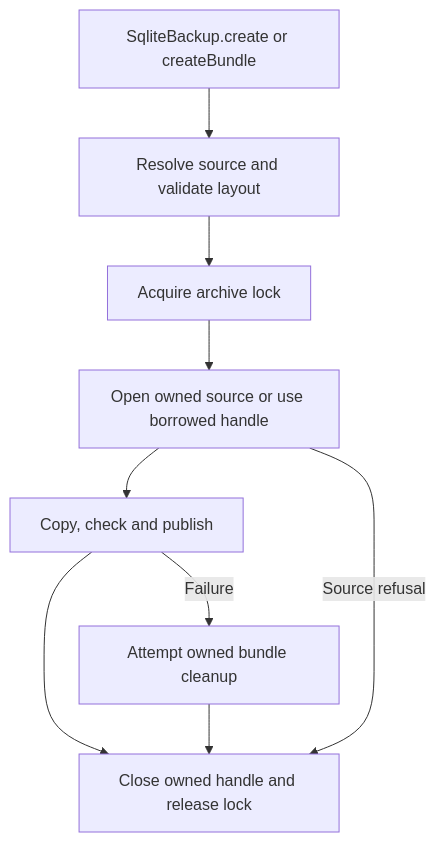
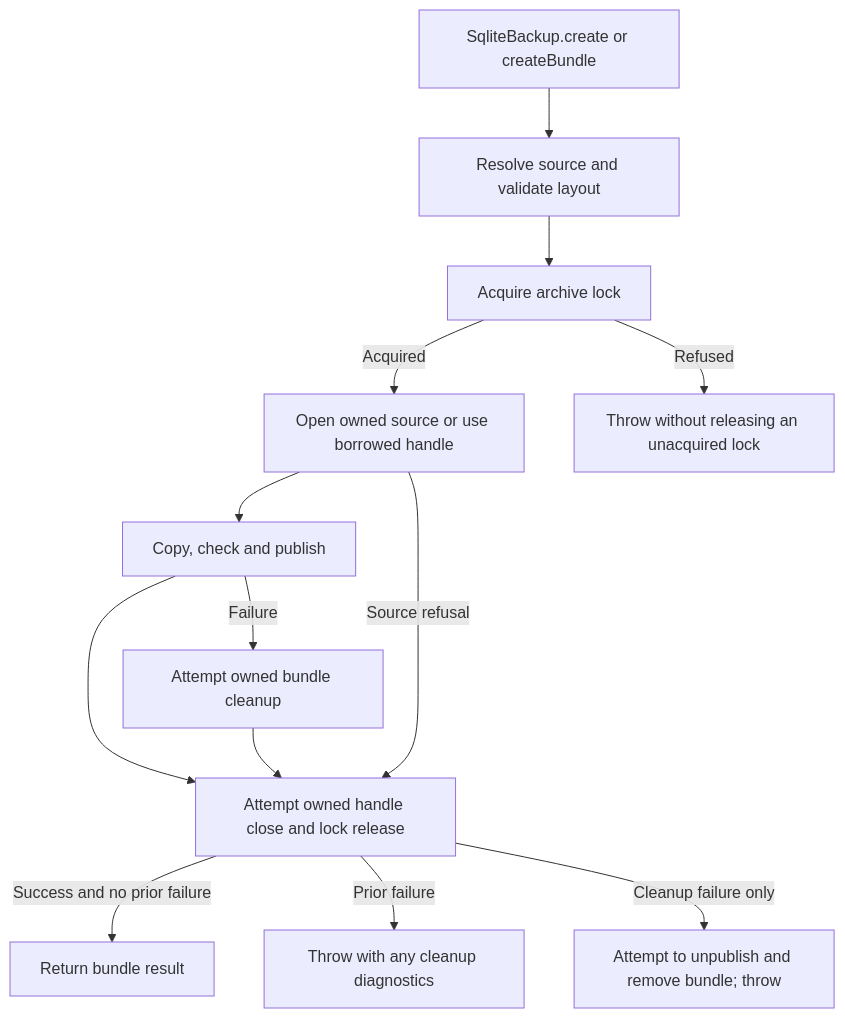
The second of 2 diagrams in user-stories/integration/us-int-01-programmatic-backups.md (Kevinjohn/oss-adonisjs-sqlite-backup), drawn with Mermaid before and after one commit. The commit also changed 9 other files, not shown here.

Commit message:
docs: verify user story paths and Mermaid flows against implementation

````diff
--- a/user-stories/integration/us-int-01-programmatic-backups.md
+++ b/user-stories/integration/us-int-01-programmatic-backups.md
@@ -31,11 +31,15 @@
 ```mermaid
 flowchart TD
     A["SqliteBackup.create or createBundle"] --> B["Resolve source and validate layout"]
     B --> C["Acquire archive lock"]
-    C --> D["Open owned source or use borrowed handle"]
+    C -->|Acquired| D["Open owned source or use borrowed handle"]
+    C -->|Refused| X["Throw without releasing an unacquired lock"]
     D --> E["Copy, check and publish"]
-    E --> F["Close owned handle and release lock"]
+    E --> F["Attempt owned handle close and lock release"]
     D -->|Source refusal| F
     E -->|Failure| G["Attempt owned bundle cleanup"]
     G --> F
+    F -->|Success and no prior failure| H["Return bundle result"]
+    F -->|Prior failure| I["Throw with any cleanup diagnostics"]
+    F -->|Cleanup failure only| J["Attempt to unpublish and remove bundle; throw"]
 ```
````
